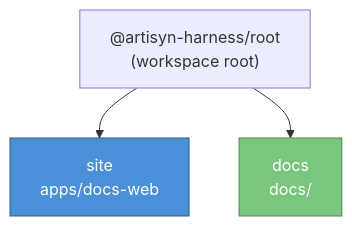
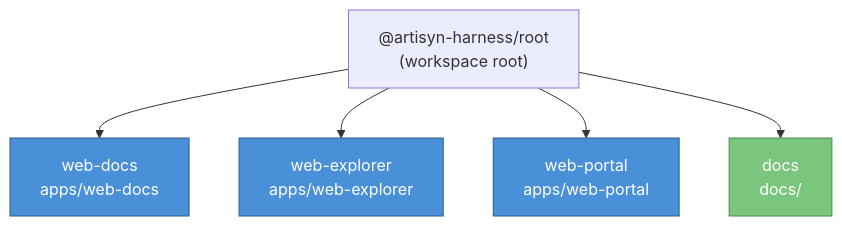
One commit to DataArt/artisyn-implementation-harness changed the diagram in docs/Engineering Guide/05 Getting Started.md. Above: the diagram before and after it, drawn with Mermaid. The commit also changed other lines of this file and 155 other files, not shown here.

First line of the commit message:
feat(web-explorer): web explorer landing page and web portal site routing (#17)

````diff
--- a/docs/Engineering Guide/05 Getting Started.md
+++ b/docs/Engineering Guide/05 Getting Started.md
@@ -15,13 +15,17 @@
 ```mermaid
 flowchart TB
     classDef app fill:#4A90D9,stroke:#2C5F8A,color:#fff
     classDef content fill:#7BC67E,stroke:#4A8C4D,color:#fff
 
     root["@artisyn-harness/root\n(workspace root)"]
 
-    root --> site["site\napps/docs-web"]
+    root --> site["web-docs\napps/web-docs"]
+    root --> explorer["web-explorer\napps/web-explorer"]
+    root --> portal["web-portal\napps/web-portal"]
     root --> docs["docs\ndocs/"]
 
     class site app
+    class explorer app
+    class portal app
     class docs content
 ```
````
